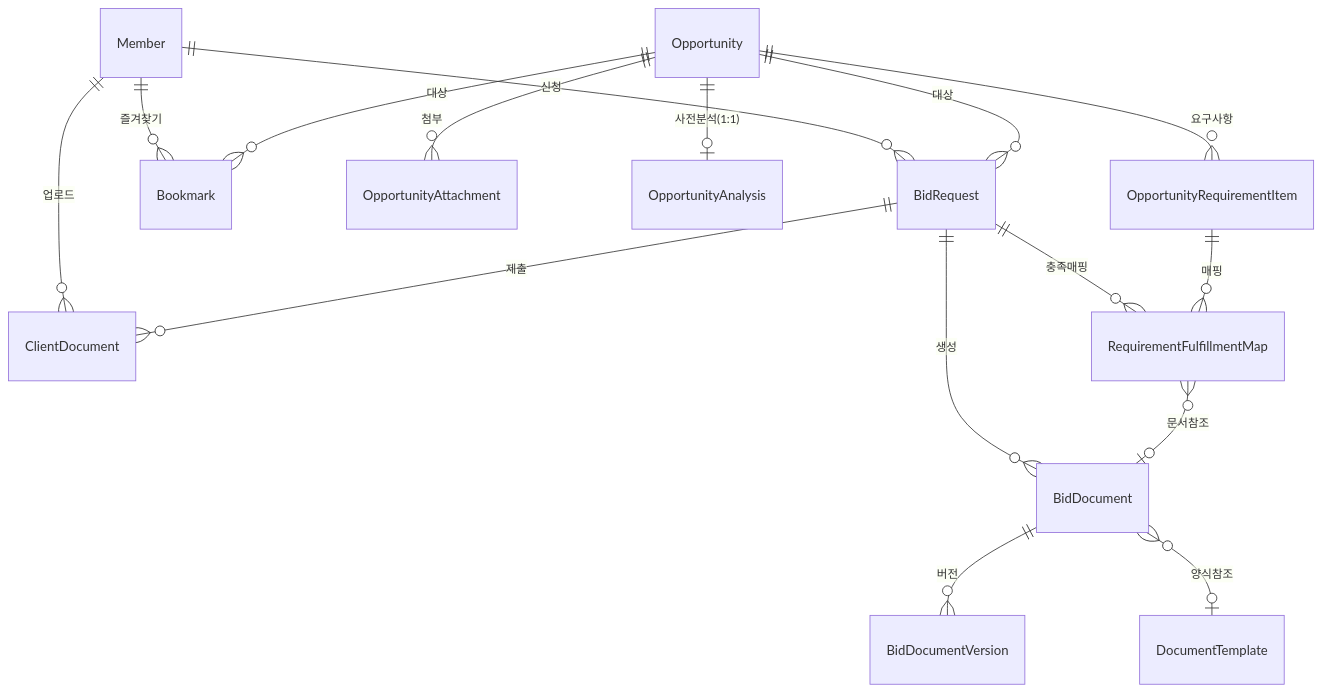
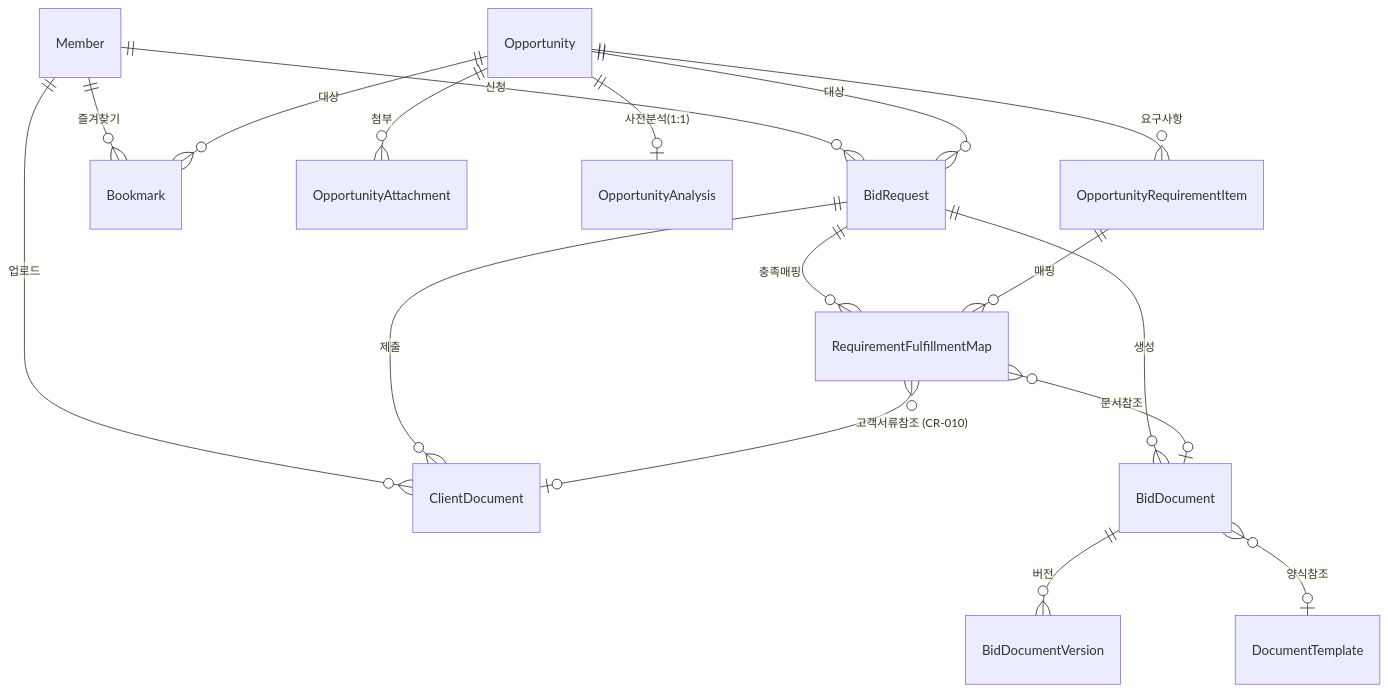
One commit to johnnykim7/wjbid changed the diagram in docs/T3-1_데이터_모델.md. Above: the diagram before and after it, drawn with Mermaid. The commit also changed other lines of this file and 5 other files, not shown here.

````diff
--- a/docs/T3-1_데이터_모델.md
+++ b/docs/T3-1_데이터_모델.md
@@ -511,23 +522,24 @@
 ```mermaid
 erDiagram
     Member ||--o{ BidRequest : "신청"
     Member ||--o{ Bookmark : "즐겨찾기"
     Member ||--o{ ClientDocument : "업로드"
 
     Opportunity ||--o{ BidRequest : "대상"
     Opportunity ||--o{ Bookmark : "대상"
     Opportunity ||--o{ OpportunityAttachment : "첨부"
     Opportunity ||--o| OpportunityAnalysis : "사전분석(1:1)"
     Opportunity ||--o{ OpportunityRequirementItem : "요구사항"
 
     BidRequest ||--o{ BidDocument : "생성"
     BidRequest ||--o{ ClientDocument : "제출"
     BidRequest ||--o{ RequirementFulfillmentMap : "충족매핑"
 
     BidDocument ||--o{ BidDocumentVersion : "버전"
     BidDocument }o--o| DocumentTemplate : "양식참조"
 
     OpportunityRequirementItem ||--o{ RequirementFulfillmentMap : "매핑"
 
     RequirementFulfillmentMap }o--o| BidDocument : "문서참조"
+    RequirementFulfillmentMap }o--o| ClientDocument : "고객서류참조 (CR-010)"
 ```
````
